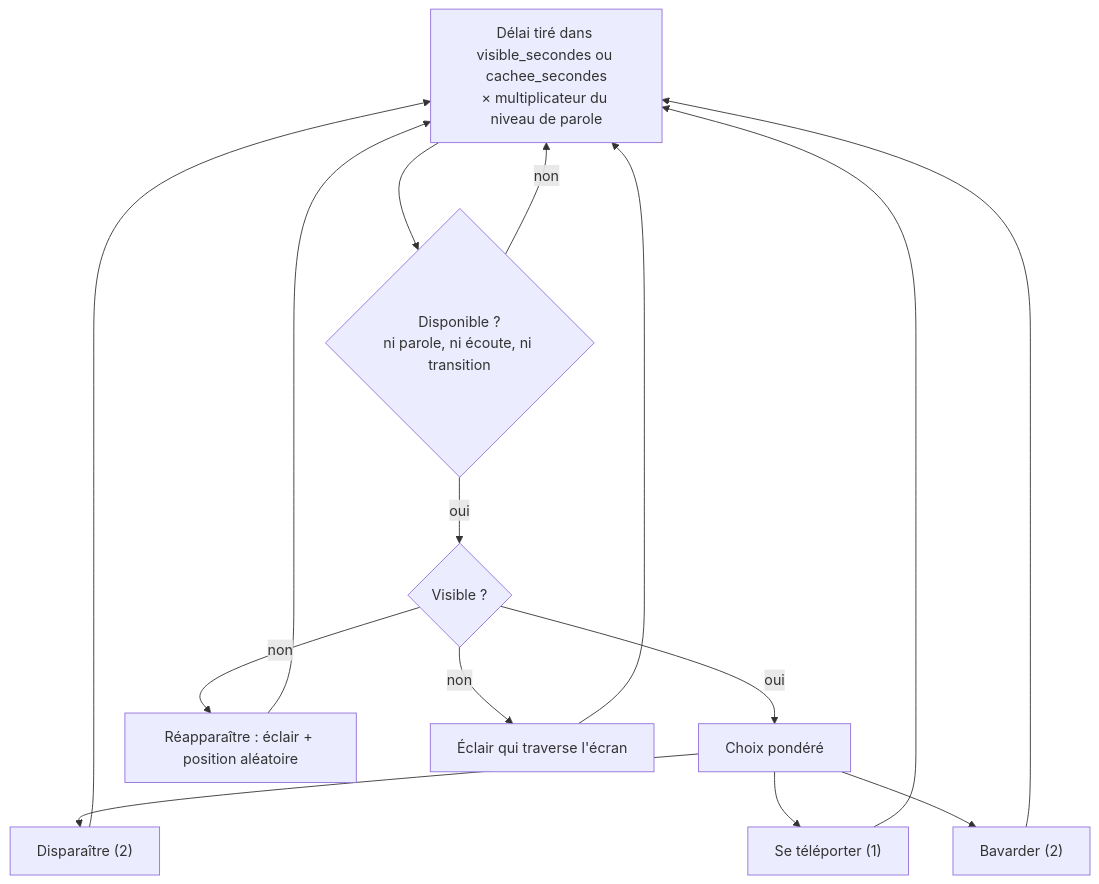
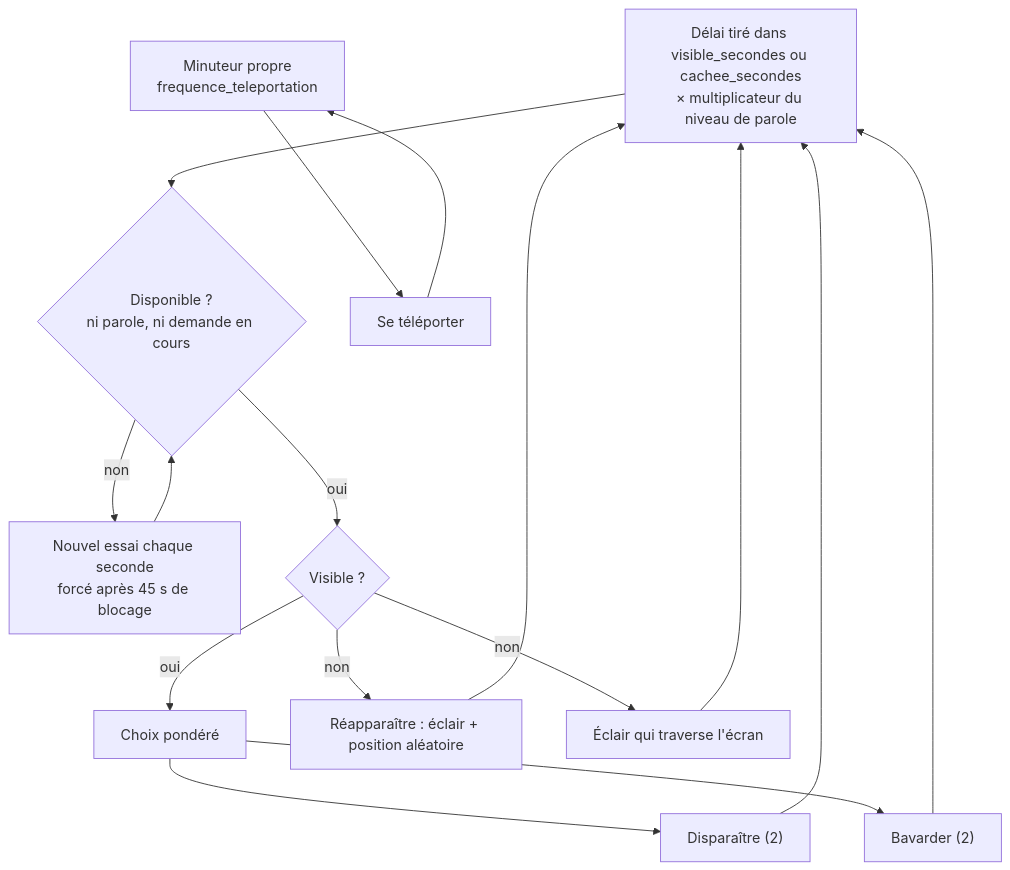
One commit to Cellri131/Project-Capri changed diagram 16 of 16 in README.md. Above: the diagram before and after it, drawn with Mermaid. The commit also changed other lines of this file and 11 other files, not shown here.

````diff
--- a/README.md
+++ b/README.md
@@ -1069,17 +1074,18 @@
 ```mermaid
 flowchart TD
-    T["Délai tiré dans visible_secondes ou cachee_secondes<br/>× multiplicateur du niveau de parole"] --> D{"Disponible ?<br/>ni parole, ni écoute, ni transition"}
-    D -- non --> T
+    T["Délai tiré dans visible_secondes ou cachee_secondes<br/>× multiplicateur du niveau de parole"] --> D{"Disponible ?<br/>ni parole, ni demande en cours"}
+    D -- non --> W["Nouvel essai chaque seconde<br/>forcé après 45 s de blocage"]
+    W --> D
     D -- oui --> V{"Visible ?"}
     V -- oui --> CH["Choix pondéré"]
     CH --> A1["Disparaître (2)"]
-    CH --> A2["Se téléporter (1)"]
     CH --> A3["Bavarder (2)"]
     V -- non --> A4["Réapparaître : éclair + position aléatoire"]
     V -- non --> A5["Éclair qui traverse l'écran"]
+    TP["Minuteur propre<br/>frequence_teleportation"] --> A2["Se téléporter"]
     A1 --> T
-    A2 --> T
+    A2 --> TP
     A3 --> T
     A4 --> T
     A5 --> T
 ```
````
